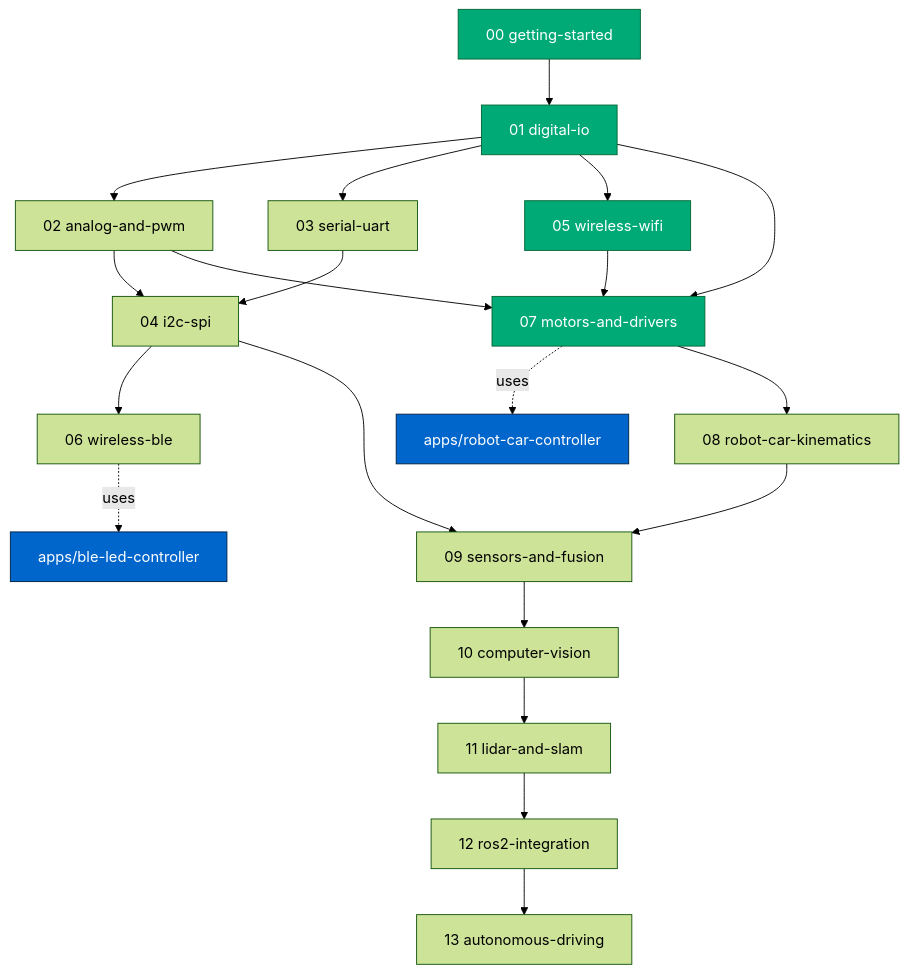
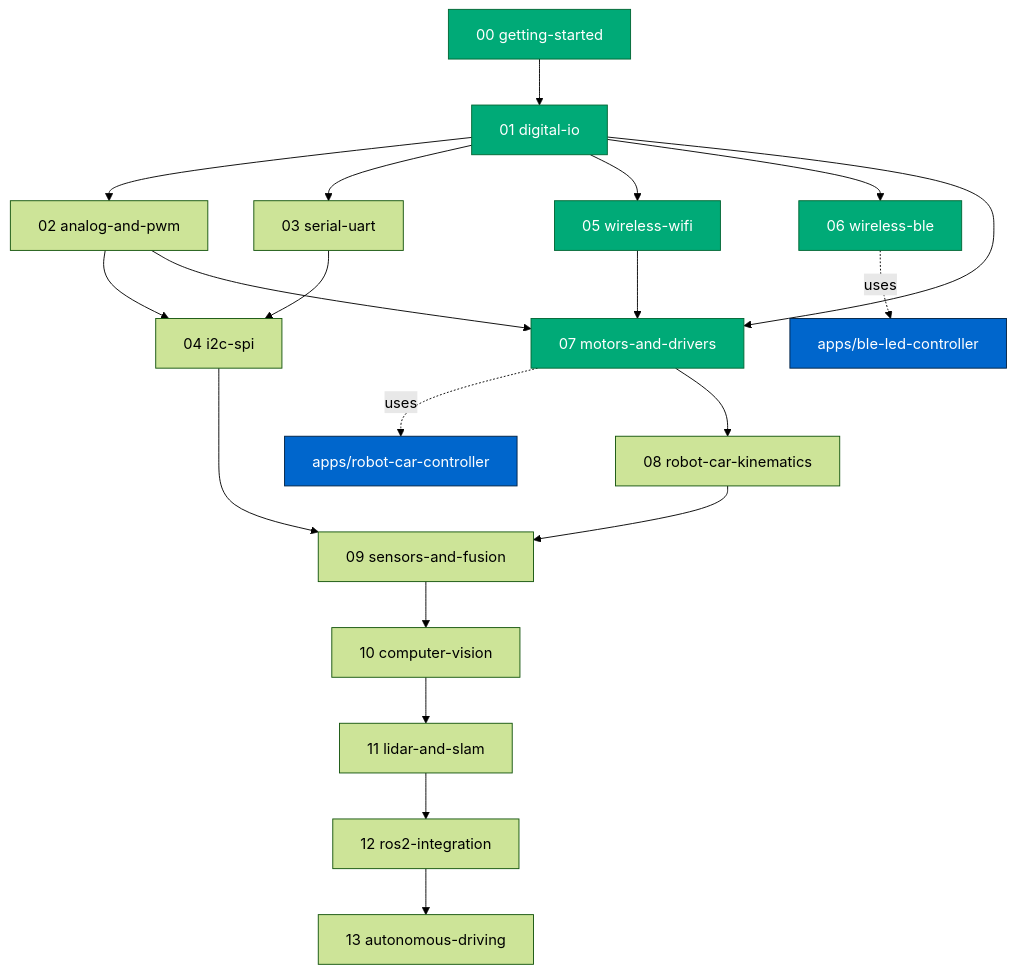
The diagram in docs/curriculum.md (Youngermaster/Hands-On-Robotics), drawn with Mermaid (forest theme) before and after one commit. The commit also changed other lines of this file and 21 other files, not shown here.

````diff
--- a/docs/curriculum.md
+++ b/docs/curriculum.md
@@ -8,25 +8,25 @@
 ```mermaid
 flowchart TD
   M00[00 getting-started]:::done --> M01[01 digital-io]:::done
   M01 --> M02[02 analog-and-pwm]
   M01 --> M03[03 serial-uart]
   M02 --> M04[04 i2c-spi]
   M03 --> M04
   M01 --> M05[05 wireless-wifi]:::done
-  M04 --> M06[06 wireless-ble]
+  M01 --> M06[06 wireless-ble]:::done
   M05 --> M07[07 robot-car]:::done
   M01 --> M07
   M07 -.uses.-> APP2[apps/robot-car-controller]:::app
   M02 --> M07[07 motors-and-drivers]
   M07 --> M08[08 robot-car-kinematics]
   M04 --> M09[09 sensors-and-fusion]
   M08 --> M09
   M09 --> M10[10 computer-vision]
   M10 --> M11[11 lidar-and-slam]
   M11 --> M12[12 ros2-integration]
   M12 --> M13[13 autonomous-driving]
   M06 -.uses.-> APP[apps/ble-led-controller]:::app
 
   classDef done fill:#0a7,stroke:#063,color:#fff
   classDef app fill:#06c,stroke:#024,color:#fff
 ```
````
